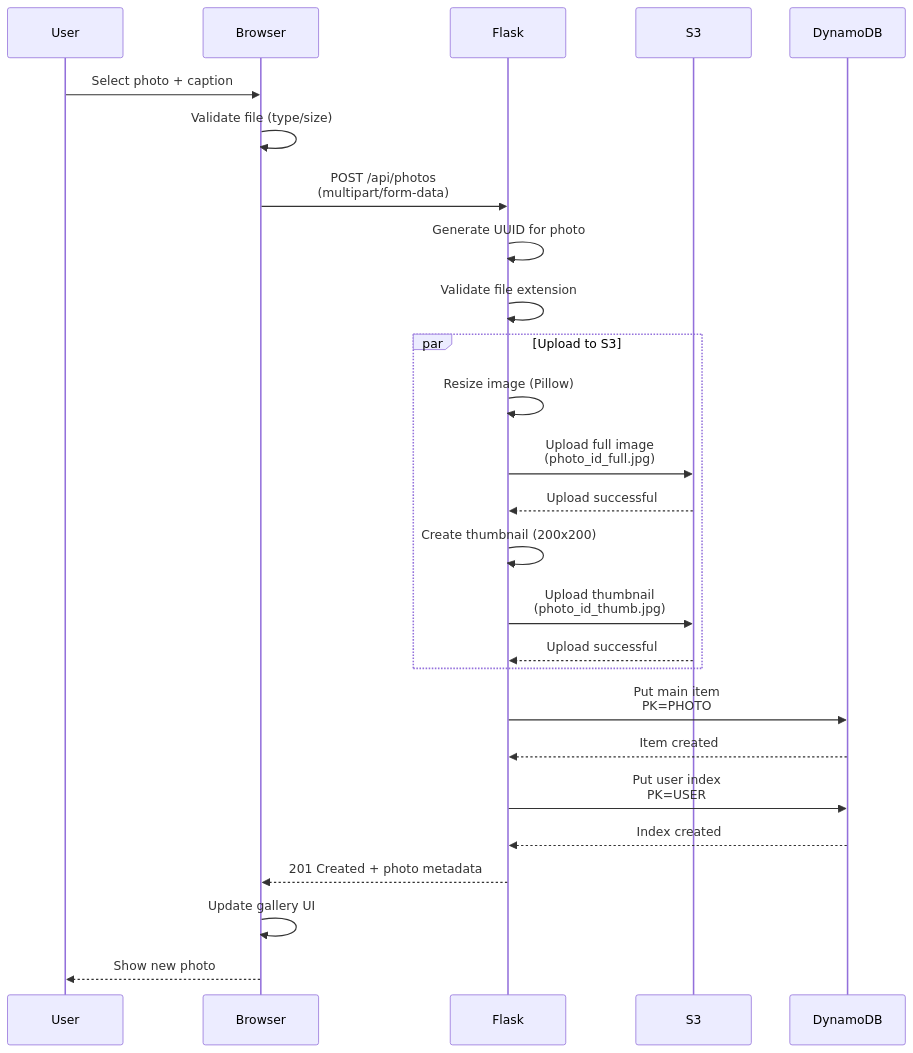
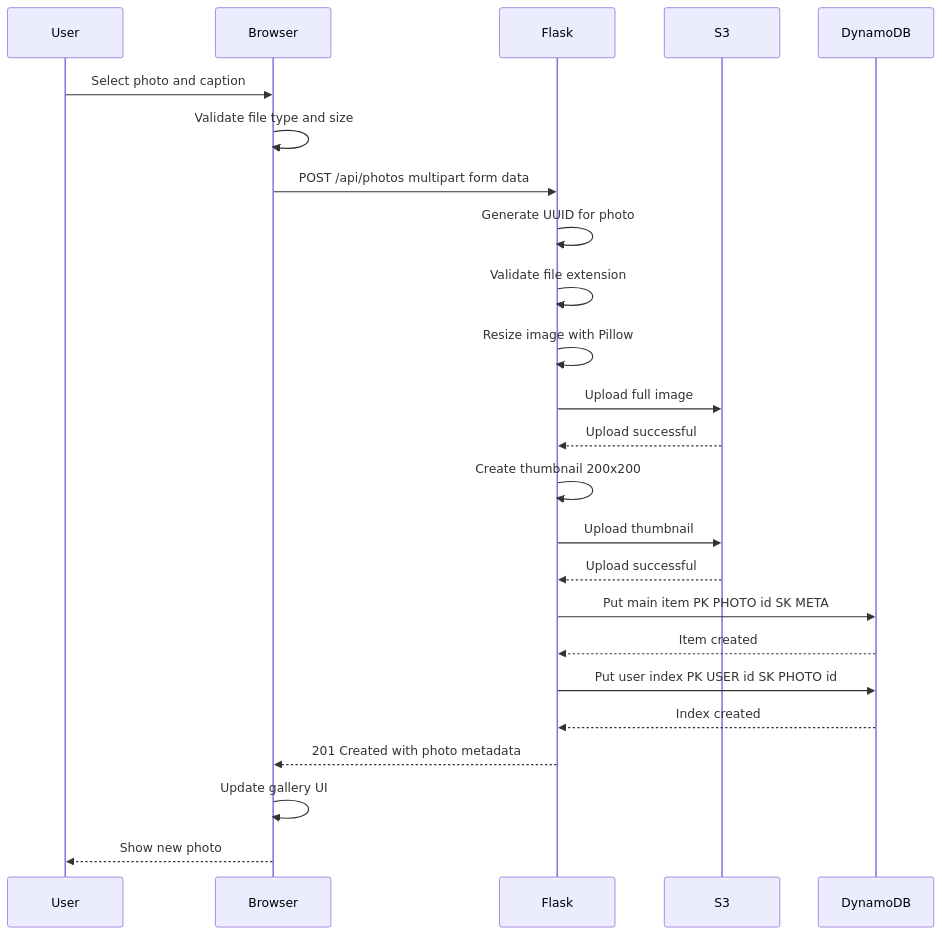
The seventh of 12 diagrams in ARCHITECTURE_DIAGRAMS.md (premalshah999/Cloud607_Final_Project), drawn with Mermaid before and after one commit. The commit also changed other lines of this file, not shown here.

Commit message:
Fix diagrams 4-11: remove leftover code fragments, br tags, and special characters

````diff
--- a/ARCHITECTURE_DIAGRAMS.md
+++ b/ARCHITECTURE_DIAGRAMS.md
@@ -342,34 +335,32 @@
 ```mermaid
 sequenceDiagram
     participant User
     participant Browser
     participant Flask
     participant S3
     participant DynamoDB
     
-    User->>Browser: Select photo + caption
-    Browser->>Browser: Validate file (type/size)
-    Browser->>Flask: POST /api/photos<br/>(multipart/form-data)
+    User->>Browser: Select photo and caption
+    Browser->>Browser: Validate file type and size
+    Browser->>Flask: POST /api/photos multipart form data
     
     Flask->>Flask: Generate UUID for photo
     Flask->>Flask: Validate file extension
     
-    par Upload to S3
-        Flask->>Flask: Resize image (Pillow)
-        Flask->>S3: Upload full image<br/>(photo_id_full.jpg)
-        S3-->>Flask: Upload successful
-        Flask->>Flask: Create thumbnail (200x200)
-        Flask->>S3: Upload thumbnail<br/>(photo_id_thumb.jpg)
-        S3-->>Flask: Upload successful
-    end
+    Flask->>Flask: Resize image with Pillow
+    Flask->>S3: Upload full image
+    S3-->>Flask: Upload successful
+    Flask->>Flask: Create thumbnail 200x200
+    Flask->>S3: Upload thumbnail
+    S3-->>Flask: Upload successful
     
-    Flask->>DynamoDB: Put main item<br/>PK=PHOTO#id, SK=META
+    Flask->>DynamoDB: Put main item PK PHOTO id SK META
     DynamoDB-->>Flask: Item created
     
-    Flask->>DynamoDB: Put user index<br/>PK=USER#id, SK=PHOTO#id
+    Flask->>DynamoDB: Put user index PK USER id SK PHOTO id
     DynamoDB-->>Flask: Index created
     
-    Flask-->>Browser: 201 Created + photo metadata
+    Flask-->>Browser: 201 Created with photo metadata
     Browser->>Browser: Update gallery UI
     Browser-->>User: Show new photo
 ```
````
